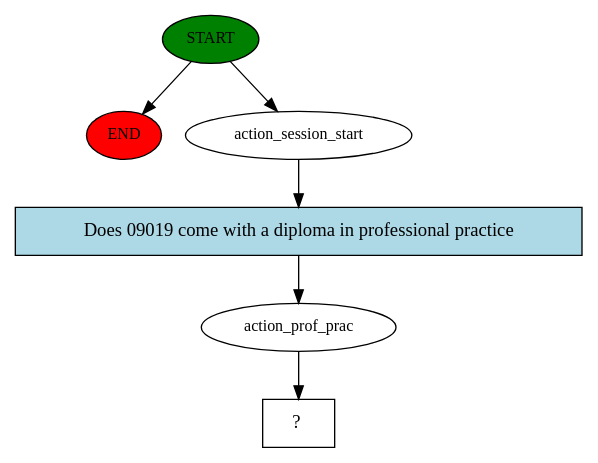
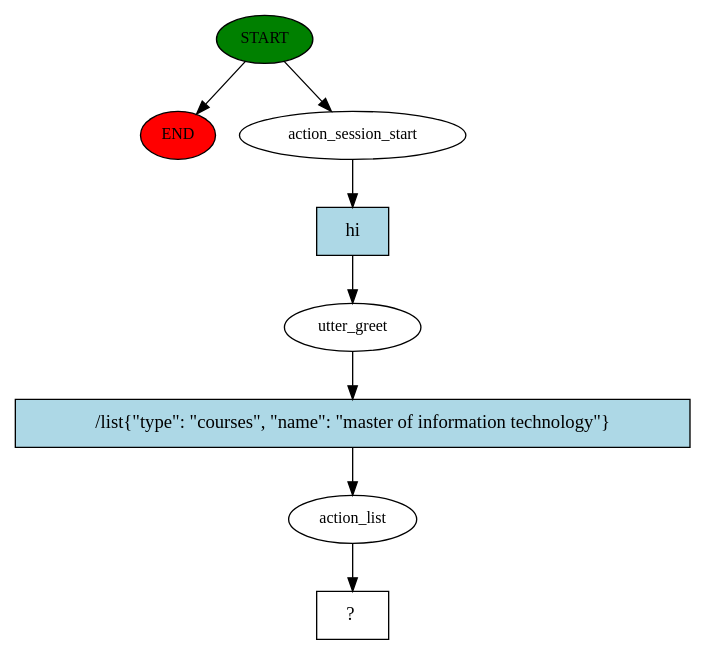
One commit to wei-research/UTSChatbot changed the diagram in story_graph.dot. Above: the diagram before and after it, drawn with Graphviz. The commit also changed 7 other files, not shown here.

```diff
--- a/story_graph.dot
+++ b/story_graph.dot
@@ -1,13 +1,17 @@
 digraph  {
 0 [class="start active", fillcolor=green, fontsize=12, label=START, style=filled];
 "-1" [class=end, fillcolor=red, fontsize=12, label=END, style=filled];
 1 [class=active, fontsize=12, label=action_session_start];
-2 [class=active, fontsize=12, label=action_prof_prac];
-3 [class="intent dashed active", label="  ?  ", shape=rect];
-4 [class="intent active", fillcolor=lightblue, label="Does 09019 come with a diploma in professional practice", shape=rect, style=filled];
+2 [class=active, fontsize=12, label=utter_greet];
+3 [class=active, fontsize=12, label=action_list];
+4 [class="intent dashed active", label="  ?  ", shape=rect];
+5 [class="intent active", fillcolor=lightblue, label=hi, shape=rect, style=filled];
+6 [class="intent active", fillcolor=lightblue, label="/list{\"type\": \"courses\", \"name\": \"master of information technology\"}", shape=rect, style=filled];
 0 -> "-1"  [class="", key=NONE, label=""];
 0 -> 1  [class=active, key=NONE, label=""];
-1 -> 4  [class=active, key=0];
-2 -> 3  [class=active, key=NONE, label=""];
-4 -> 2  [class=active, key=0];
+1 -> 5  [class=active, key=0];
+2 -> 6  [class=active, key=0];
+3 -> 4  [class=active, key=NONE, label=""];
+5 -> 2  [class=active, key=0];
+6 -> 3  [class=active, key=0];
 }
```
